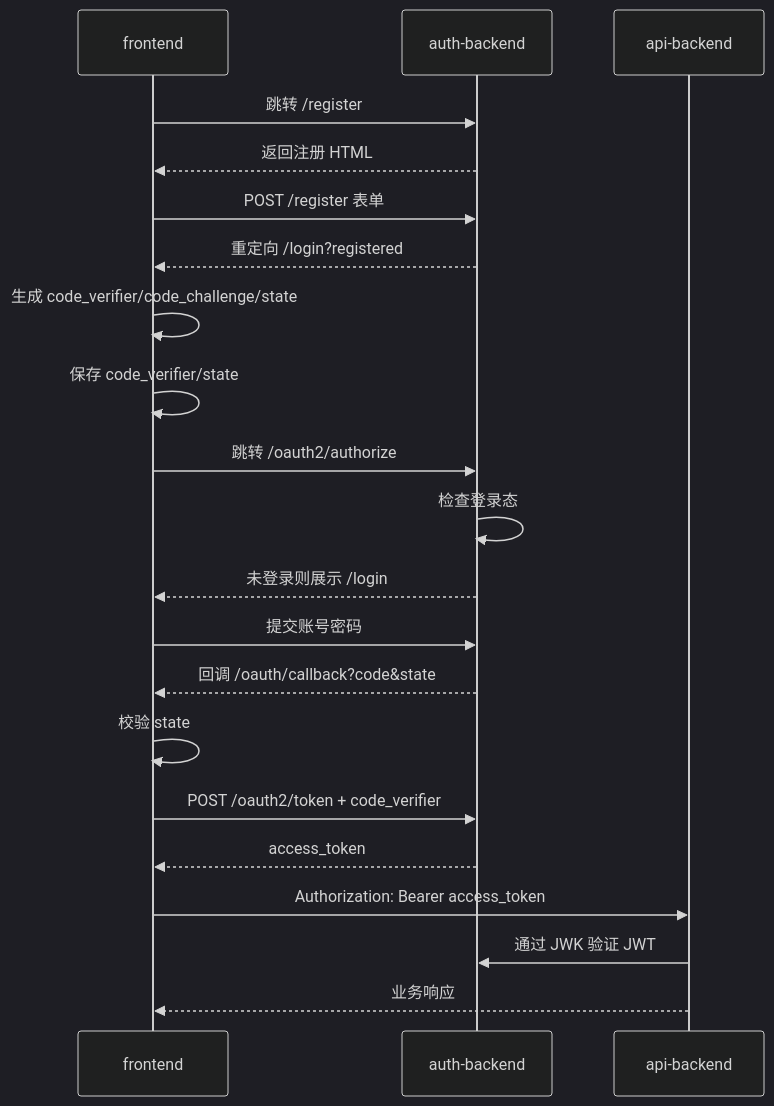
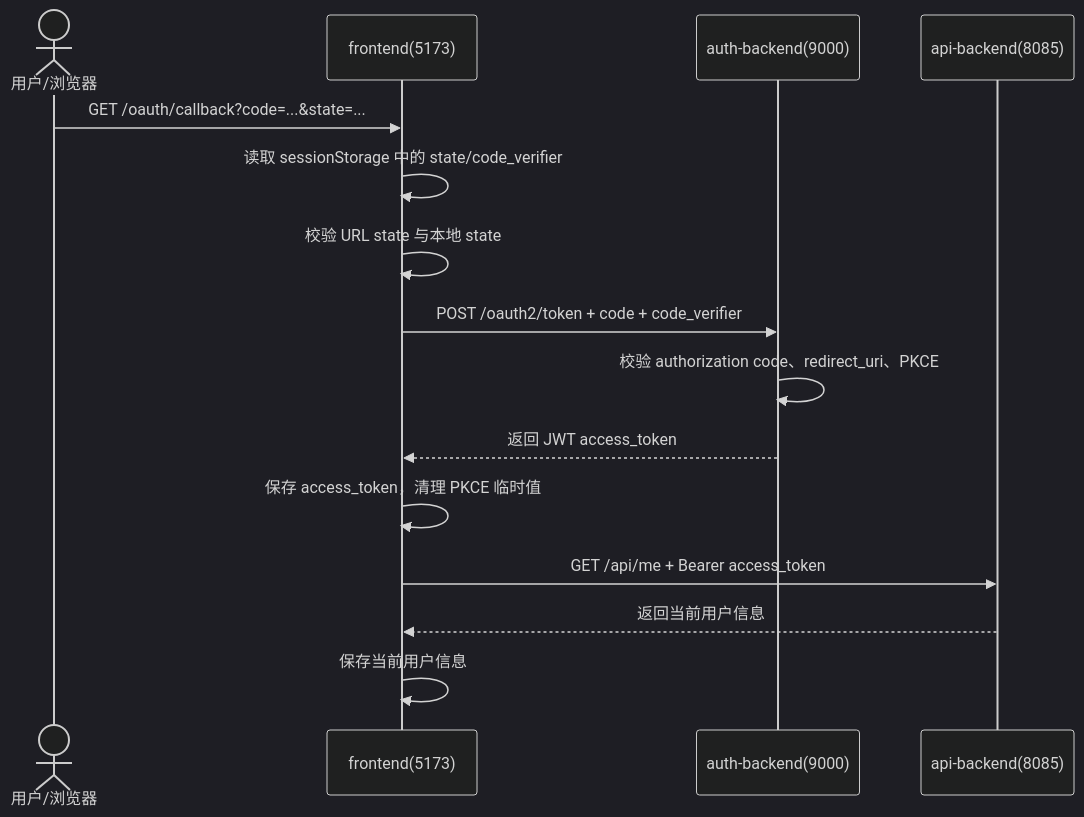
One commit to Kyy008/Mini-Tiktok changed the third of 3 diagrams in login-flow.md. Above: the diagram before and after it, drawn with Mermaid (dark theme). The commit also changed other lines of this file, not shown here.

Commit message:
login-flow.md按当前实现更新

````diff
--- a/login-flow.md
+++ b/login-flow.md
@@ -192,24 +152,18 @@
 ```mermaid
 sequenceDiagram
-    participant F as frontend
-    participant AUTH as auth-backend
-    participant API as api-backend
+    actor U as 用户/浏览器
+    participant FE as frontend(5173)
+    participant AUTH as auth-backend(9000)
+    participant API as api-backend(8085)
 
-    F->>AUTH: 跳转 /register
-    AUTH-->>F: 返回注册 HTML
-    F->>AUTH: POST /register 表单
-    AUTH-->>F: 重定向 /login?registered
-    F->>F: 生成 code_verifier/code_challenge/state
-    F->>F: 保存 code_verifier/state
-    F->>AUTH: 跳转 /oauth2/authorize
-    AUTH->>AUTH: 检查登录态
-    AUTH-->>F: 未登录则展示 /login
-    F->>AUTH: 提交账号密码
-    AUTH-->>F: 回调 /oauth/callback?code&state
-    F->>F: 校验 state
-    F->>AUTH: POST /oauth2/token + code_verifier
-    AUTH-->>F: access_token
-    F->>API: Authorization: Bearer access_token
-    API->>AUTH: 通过 JWK 验证 JWT
-    API-->>F: 业务响应
+    U->>FE: GET /oauth/callback?code=...&state=...
+    FE->>FE: 读取 sessionStorage 中的 state/code_verifier
+    FE->>FE: 校验 URL state 与本地 state
+    FE->>AUTH: POST /oauth2/token + code + code_verifier
+    AUTH->>AUTH: 校验 authorization code、redirect_uri、PKCE
+    AUTH-->>FE: 返回 JWT access_token
+    FE->>FE: 保存 access_token，清理 PKCE 临时值
+    FE->>API: GET /api/me + Bearer access_token
+    API-->>FE: 返回当前用户信息
+    FE->>FE: 保存当前用户信息
 ```
````
